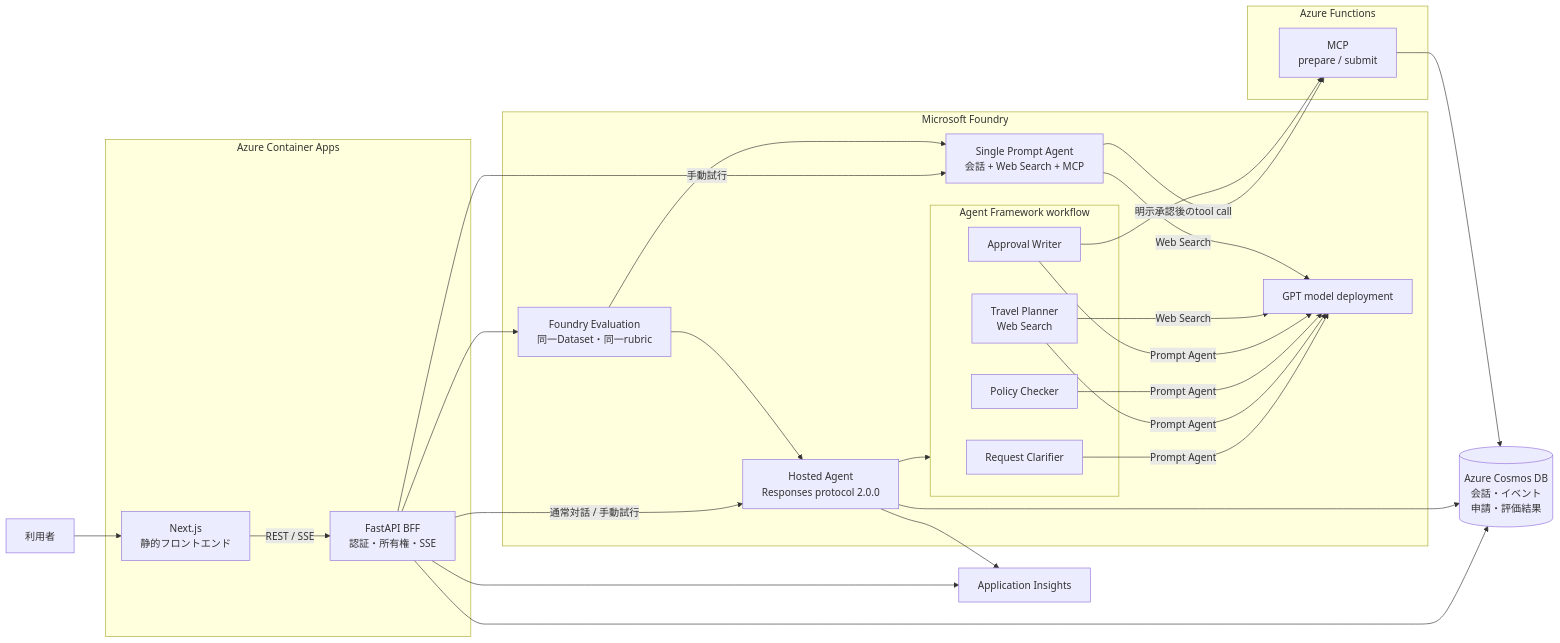
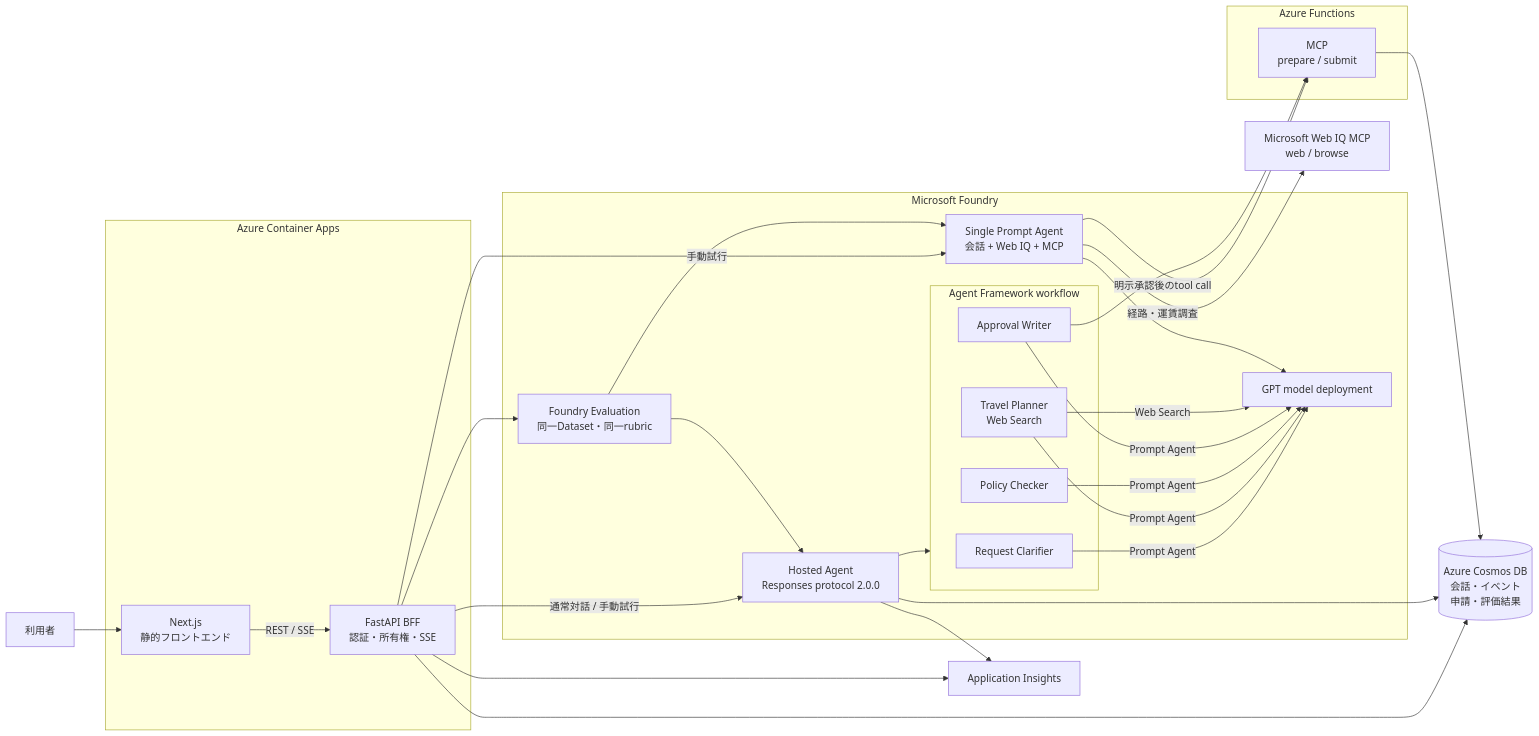
Before and after one commit to teshi22/grobal_azure_demo: the first of 2 diagrams in README.md, drawn with Mermaid. The commit also changed other lines of this file and 13 other files, not shown here.

````diff
--- a/README.md
+++ b/README.md
@@ -11,47 +11,49 @@
 ```mermaid
 flowchart LR
     User["利用者"]
 
     subgraph CA["Azure Container Apps"]
         Web["Next.js<br/>静的フロントエンド"]
         BFF["FastAPI BFF<br/>認証・所有権・SSE"]
     end
 
     subgraph Foundry["Microsoft Foundry"]
         Host["Hosted Agent<br/>Responses protocol 2.0.0"]
         subgraph AF["Agent Framework workflow"]
             Clarifier["Request Clarifier"]
             Planner["Travel Planner<br/>Web Search"]
             Policy["Policy Checker"]
             Writer["Approval Writer"]
         end
-        Single["Single Prompt Agent<br/>会話 + Web Search + MCP"]
+        Single["Single Prompt Agent<br/>会話 + Web IQ + MCP"]
         Evaluation["Foundry Evaluation<br/>同一Dataset・同一rubric"]
         Model["GPT model deployment"]
     end
 
     subgraph Function["Azure Functions"]
         MCP["MCP<br/>prepare / submit"]
     end
 
+    WebIQ["Microsoft Web IQ MCP<br/>web / browse"]
     Cosmos[("Azure Cosmos DB<br/>会話・イベント<br/>申請・評価結果")]
     Insights["Application Insights"]
 
     User --> Web
     Web -->|"REST / SSE"| BFF
     BFF -->|"通常対話 / 手動試行"| Host
     BFF -->|"手動試行"| Single
     Host --> AF
     Clarifier & Planner & Policy & Writer -->|"Prompt Agent"| Model
     Planner -->|"Web Search"| Model
     BFF --> Evaluation
     Evaluation --> Host
     Evaluation --> Single
-    Single -->|"Web Search"| Model
+    Single --> Model
+    Single -->|"経路・運賃調査"| WebIQ
     Single -->|"明示承認後のtool call"| MCP
     Writer --> MCP
     BFF --> Cosmos
     Host --> Cosmos
     MCP --> Cosmos
     BFF & Host --> Insights
 ```
````
